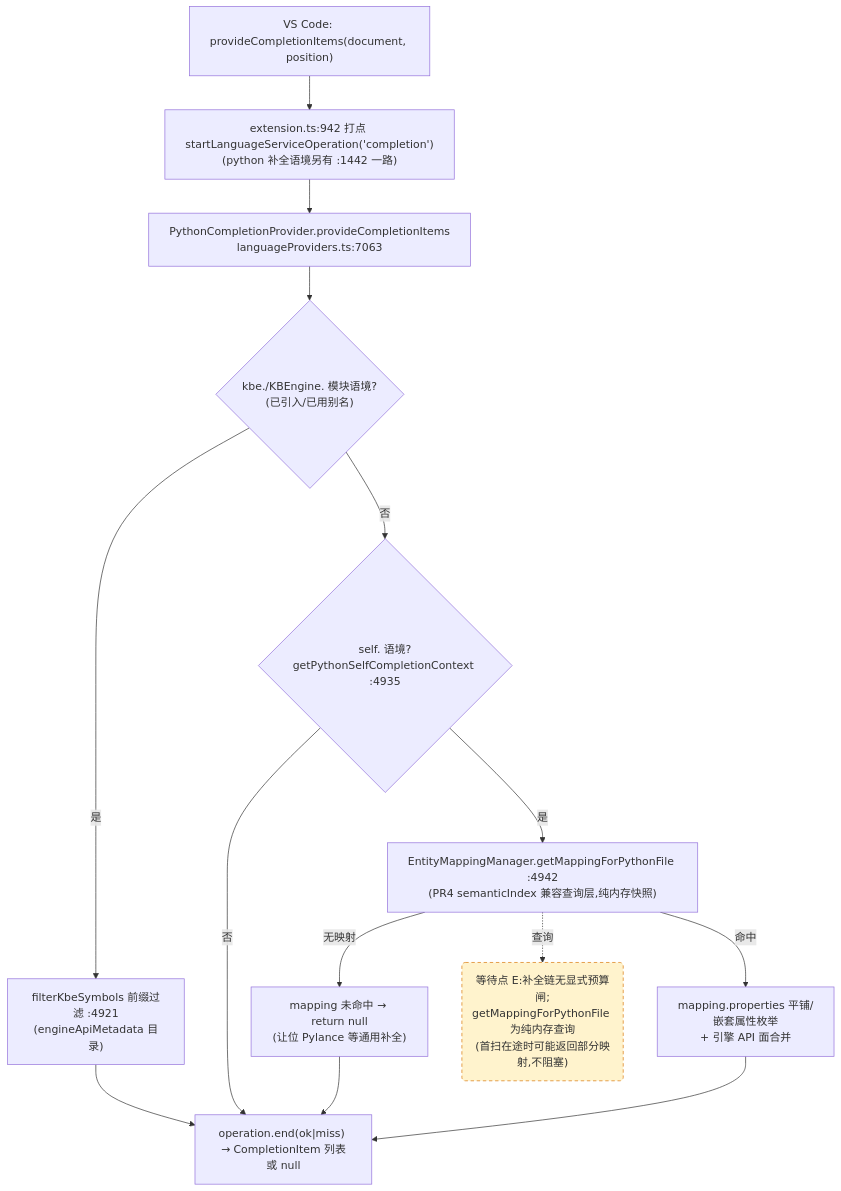
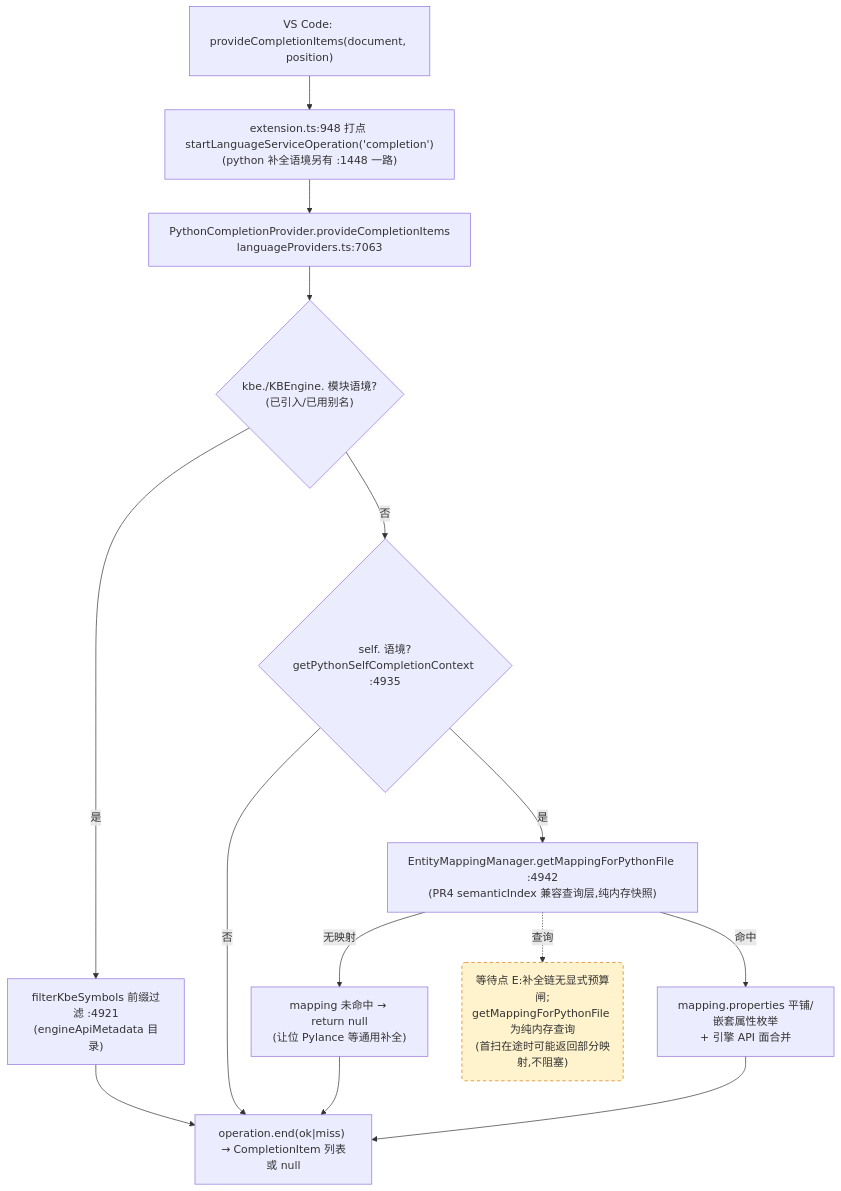
Before and after one commit to cuihairu/kode: the third of 4 diagrams in docs/perf/2026-baseline.md, drawn with Mermaid. The commit also changed other lines of this file and 3 other files, not shown here.

````diff
--- a/docs/perf/2026-baseline.md
+++ b/docs/perf/2026-baseline.md
@@ -184,27 +184,27 @@
 ```mermaid
 flowchart TD
   VC3["VS Code: provideCompletionItems(document, position)"]
-  M3["extension.ts:942 打点 startLanguageServiceOperation('completion')<br/>(python 补全语境另有 :1442 一路)"]
+  M3["extension.ts:948 打点 startLanguageServiceOperation('completion')<br/>(python 补全语境另有 :1448 一路)"]
   CP["PythonCompletionProvider.provideCompletionItems<br/>languageProviders.ts:7063"]
   KBEC{"kbe./KBEngine. 模块语境?<br/>(已引入/已用别名)"}
   FILTER["filterKbeSymbols 前缀过滤 :4921<br/>(engineApiMetadata 目录)"]
   SELFC{"self. 语境?<br/>getPythonSelfCompletionContext :4935"}
   MAP["EntityMappingManager.getMappingForPythonFile :4942<br/>(PR4 semanticIndex 兼容查询层,纯内存快照)"]
   NOMAP["mapping 未命中 → return null<br/>(让位 Pylance 等通用补全)"]
   PROPS["mapping.properties 平铺/嵌套属性枚举<br/>+ 引擎 API 面合并"]
   END3["operation.end(ok|miss) → CompletionItem 列表或 null"]
 
   VC3 --> M3 --> CP --> KBEC
   KBEC -- "是" --> FILTER --> END3
   KBEC -- "否" --> SELFC
   SELFC -- "否" --> END3
   SELFC -- "是" --> MAP
   MAP -- "无映射" --> NOMAP --> END3
   MAP -- "命中" --> PROPS --> END3
 
   WAITE("等待点 E:补全链无显式预算闸;<br/>getMappingForPythonFile 为纯内存查询<br/>(首扫在途时可能返回部分映射,不阻塞)")
   MAP -.->|查询| WAITE
 
   classDef waitPoint fill:#fff3cd,stroke:#d97706,stroke-dasharray:5 4;
   class WAITE waitPoint;
 ```
````
